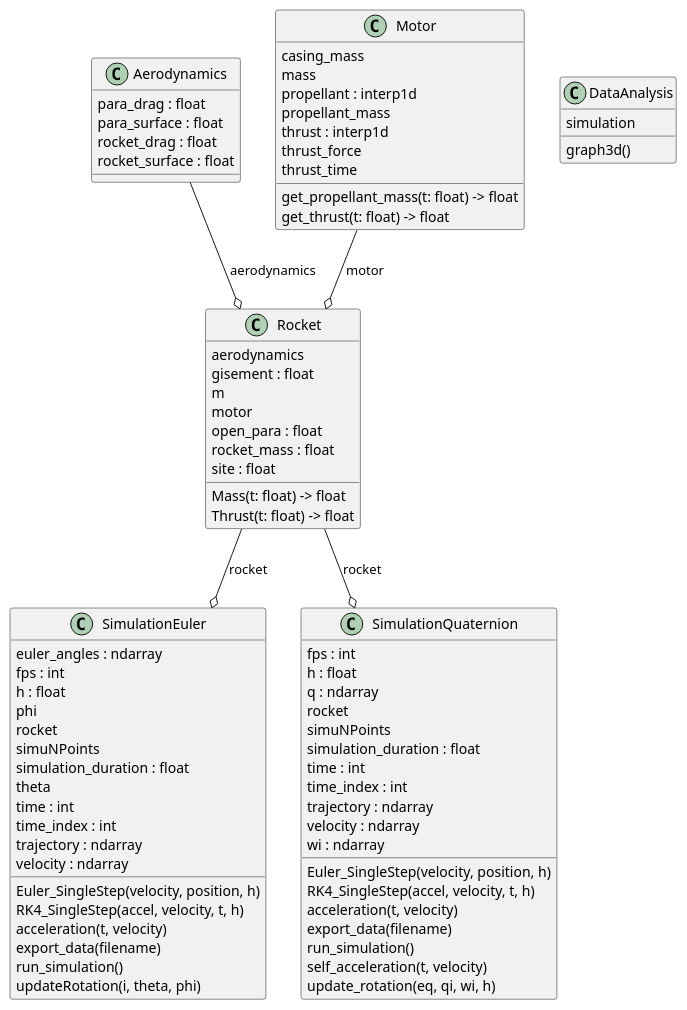
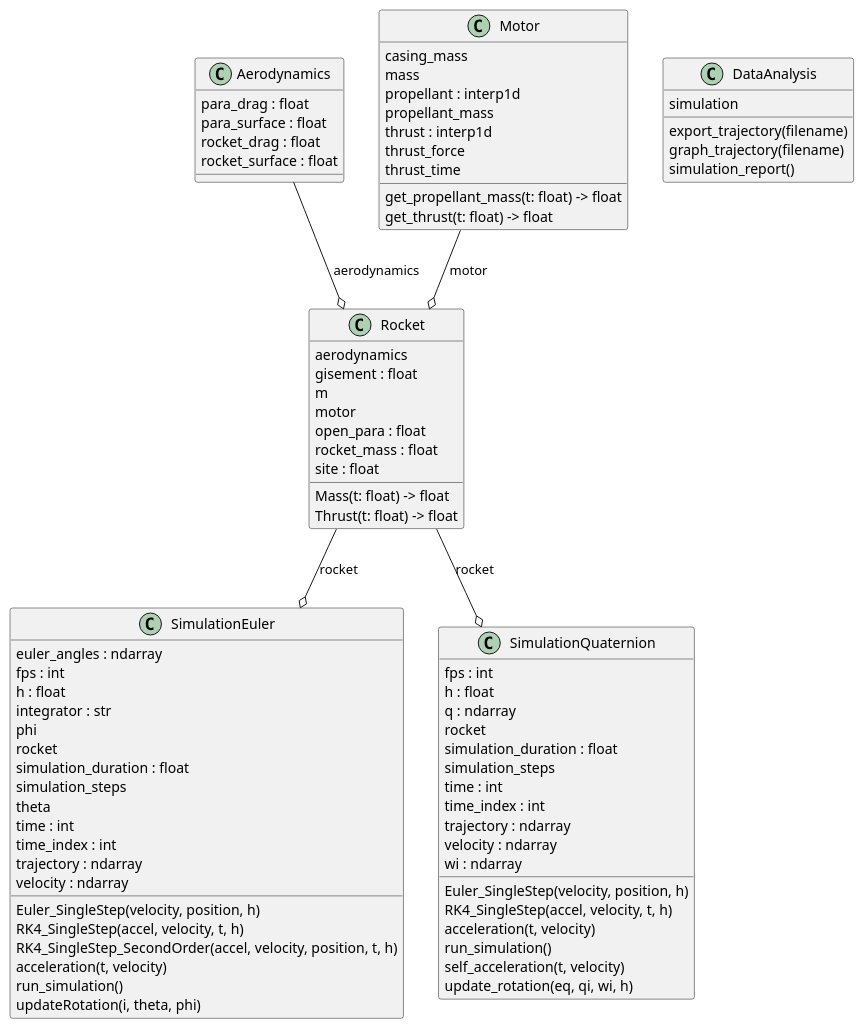
Before and after one commit to Mixcraftio/TIPE: the diagram in Simulation/classes.puml, drawn with PlantUML. The commit also changed 2 other files, not shown here.

Commit message:
Integrator update

```diff
--- a/Simulation/classes.puml
+++ b/Simulation/classes.puml
@@ -1,79 +1,81 @@
 @startuml classes
 set namespaceSeparator none
 class "Aerodynamics" as simulation.Aerodynamics {
   para_drag : float
   para_surface : float
   rocket_drag : float
   rocket_surface : float
 }
 class "DataAnalysis" as simulation.DataAnalysis {
   simulation
-  graph3d()
+  export_trajectory(filename)
+  graph_trajectory(filename)
+  simulation_report()
 }
 class "Motor" as simulation.Motor {
   casing_mass
   mass
   propellant : interp1d
   propellant_mass
   thrust : interp1d
   thrust_force
   thrust_time
   get_propellant_mass(t: float) -> float
   get_thrust(t: float) -> float
 }
 class "Rocket" as simulation.Rocket {
   aerodynamics
   gisement : float
   m
   motor
   open_para : float
   rocket_mass : float
   site : float
   Mass(t: float) -> float
   Thrust(t: float) -> float
 }
 class "SimulationEuler" as simulation.SimulationEuler {
   euler_angles : ndarray
   fps : int
   h : float
+  integrator : str
   phi
   rocket
-  simuNPoints
   simulation_duration : float
+  simulation_steps
   theta
   time : int
   time_index : int
   trajectory : ndarray
   velocity : ndarray
   Euler_SingleStep(velocity, position, h)
   RK4_SingleStep(accel, velocity, t, h)
+  RK4_SingleStep_SecondOrder(accel, velocity, position, t, h)
   acceleration(t, velocity)
-  export_data(filename)
   run_simulation()
   updateRotation(i, theta, phi)
 }
 class "SimulationQuaternion" as simulation.SimulationQuaternion {
   fps : int
   h : float
   q : ndarray
   rocket
-  simuNPoints
   simulation_duration : float
+  simulation_steps
   time : int
   time_index : int
   trajectory : ndarray
   velocity : ndarray
   wi : ndarray
   Euler_SingleStep(velocity, position, h)
   RK4_SingleStep(accel, velocity, t, h)
   acceleration(t, velocity)
-  export_data(filename)
   run_simulation()
   self_acceleration(t, velocity)
   update_rotation(eq, qi, wi, h)
 }
 simulation.Aerodynamics --o simulation.Rocket : aerodynamics
 simulation.Motor --o simulation.Rocket : motor
 simulation.Rocket --o simulation.SimulationEuler : rocket
 simulation.Rocket --o simulation.SimulationQuaternion : rocket
 @enduml
```
